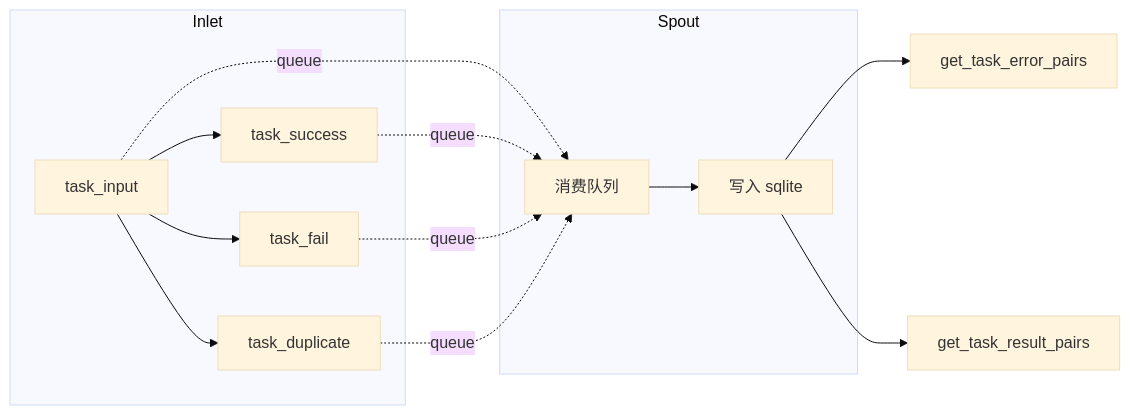
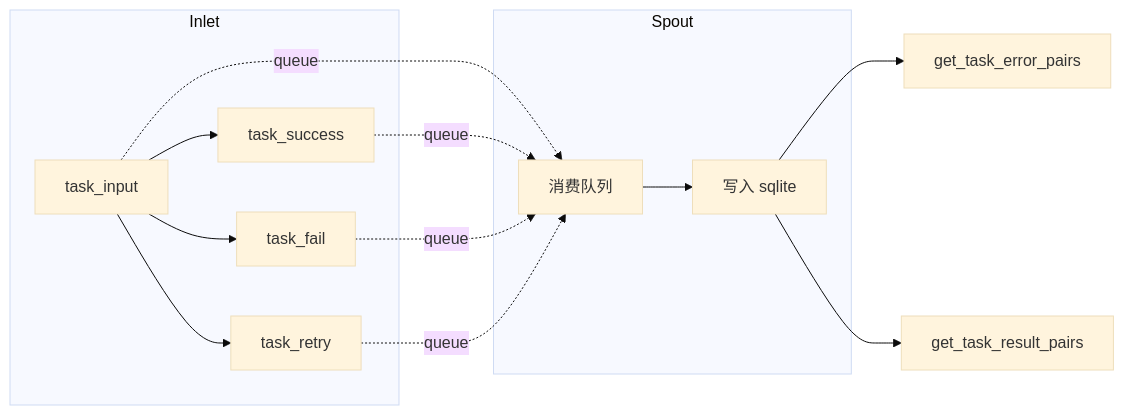
The diagram in docs/zh-CN/tests/persistence/test_lifecycle.md (Mr-xiaotian/CelestialFlow), drawn with Mermaid (base theme) before and after one commit. The commit also changed other lines of this file and 100 other files, not shown here.

````diff
--- a/docs/zh-CN/tests/persistence/test_lifecycle.md
+++ b/docs/zh-CN/tests/persistence/test_lifecycle.md
@@ -40,17 +55,17 @@
 ```mermaid
 flowchart LR
     subgraph Inlet
         A[task_input] --> B[task_success]
         A --> C[task_fail]
-        A --> D[task_duplicate]
+        A --> D[task_retry]
     end
     subgraph Spout
         E[消费队列] --> F[写入 sqlite]
     end
     A -.->|queue| E
     B -.->|queue| E
     C -.->|queue| E
     D -.->|queue| E
     F --> G[get_task_error_pairs]
     F --> H[get_task_result_pairs]
 ```
````
